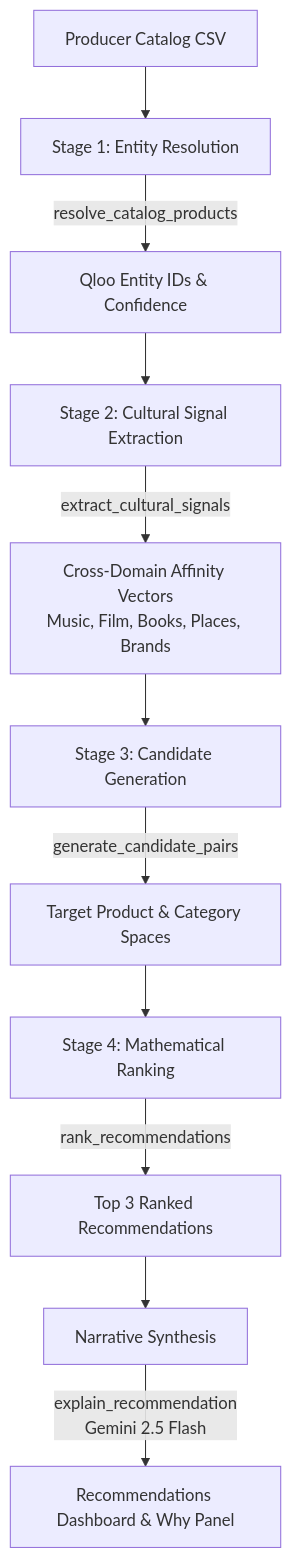
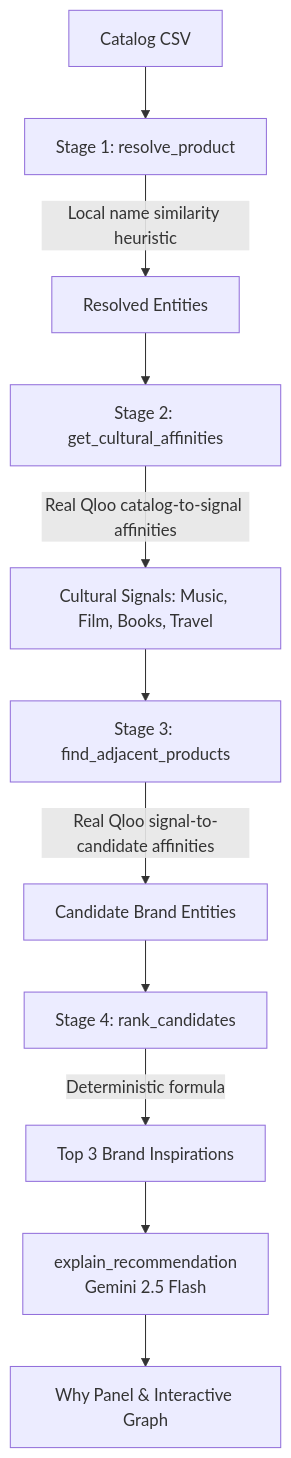
The diagram in README.md (NOBA235/cultivar), drawn with Mermaid before and after one commit. The commit also changed other lines of this file and 23 other files, not shown here.

Commit message:
feat: align evidence traceability, deterministic scoring, and real roaster workflows

````diff
--- a/README.md
+++ b/README.md
@@ -56,13 +42,13 @@
 ```mermaid
 flowchart TD
-    A[Producer Catalog CSV] --> B[Stage 1: Entity Resolution]
-    B -->|resolve_catalog_products| C[Qloo Entity IDs & Confidence]
-    C --> D[Stage 2: Cultural Signal Extraction]
-    D -->|extract_cultural_signals| E[Cross-Domain Affinity Vectors<br/>Music, Film, Books, Places, Brands]
-    E --> F[Stage 3: Candidate Generation]
-    F -->|generate_candidate_pairs| G[Target Product & Category Spaces]
-    G --> H[Stage 4: Mathematical Ranking]
-    H -->|rank_recommendations| I[Top 3 Ranked Recommendations]
-    I --> J[Narrative Synthesis]
-    J -->|explain_recommendation<br/>Gemini 2.5 Flash| K[Recommendations Dashboard & Why Panel]
+    A[Catalog CSV] --> B[Stage 1: resolve_product]
+    B -->|Local name similarity heuristic| C[Resolved Entities]
+    C --> D[Stage 2: get_cultural_affinities]
+    D -->|Real Qloo catalog-to-signal affinities| E[Cultural Signals: Music, Film, Books, Travel]
+    E --> F[Stage 3: find_adjacent_products]
+    F -->|Real Qloo signal-to-candidate affinities| G[Candidate Brand Entities]
+    G --> H[Stage 4: rank_candidates]
+    H -->|Deterministic formula| I[Top 3 Brand Inspirations]
+    I --> J[explain_recommendation<br/>Gemini 2.5 Flash]
+    J --> K[Why Panel & Interactive Graph]
 ```
````
